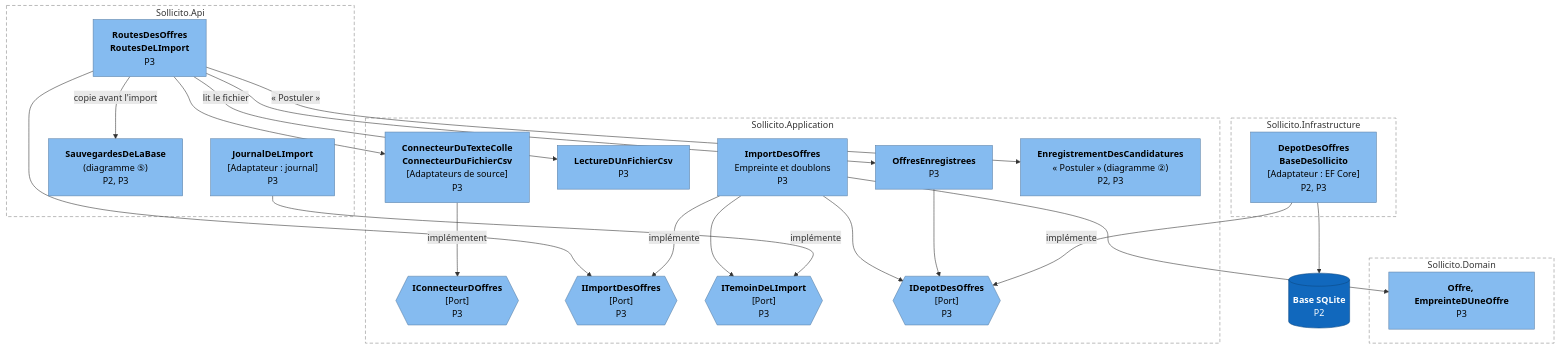
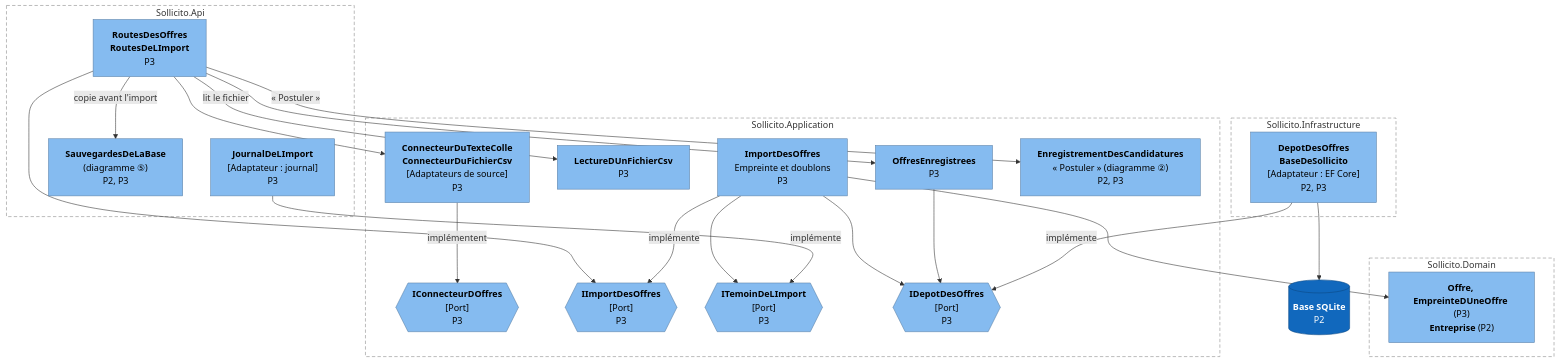
The fifth of 7 diagrams in docs/vues-d-architecture.md (moonn1000/sollicito), drawn with Mermaid before and after one commit. The commit also changed other lines of this file and 1 other file, not shown here.

Commit message:
docs(architecture): placer les refus à leur vrai endroit, donner une légende à chaque séquence et préciser deux vues (#59)

````diff
--- a/docs/vues-d-architecture.md
+++ b/docs/vues-d-architecture.md
@@ -369,55 +369,55 @@
 ```mermaid
 flowchart TB
     subgraph api["Sollicito.Api"]
         routes["<b>RoutesDesOffres</b><br><b>RoutesDeLImport</b><br>P3"]
         journal["<b>JournalDeLImport</b><br>[Adaptateur : journal]<br>P3"]
         sauvegardes["<b>SauvegardesDeLaBase</b><br>(diagramme ⑤)<br>P2, P3"]
     end
 
     subgraph application["Sollicito.Application"]
         connecteurs["<b>ConnecteurDuTexteColle</b><br><b>ConnecteurDuFichierCsv</b><br>[Adaptateurs de source]<br>P3"]
         portconnecteur{{"<b>IConnecteurDOffres</b><br>[Port]<br>P3"}}
         lecture["<b>LectureDUnFichierCsv</b><br>P3"]
         portimport{{"<b>IImportDesOffres</b><br>[Port]<br>P3"}}
         import["<b>ImportDesOffres</b><br>Empreinte et doublons<br>P3"]
         enregistrees["<b>OffresEnregistrees</b><br>P3"]
         enregistrement["<b>EnregistrementDesCandidatures</b><br>« Postuler » (diagramme ②)<br>P2, P3"]
         temoin{{"<b>ITemoinDeLImport</b><br>[Port]<br>P3"}}
         port{{"<b>IDepotDesOffres</b><br>[Port]<br>P3"}}
     end
 
     subgraph domaine["Sollicito.Domain"]
-        entites["<b>Offre, EmpreinteDUneOffre</b><br>P3"]
+        entites["<b>Offre, EmpreinteDUneOffre</b> (P3)<br><b>Entreprise</b> (P2)"]
     end
 
     subgraph infra["Sollicito.Infrastructure"]
         depot["<b>DepotDesOffres</b><br><b>BaseDeSollicito</b><br>[Adaptateur : EF Core]<br>P2, P3"]
     end
 
     base[("<b>Base SQLite</b><br>P2")]
 
     routes --> connecteurs
     routes -- "lit le fichier" --> lecture
     routes --> portimport
     routes --> enregistrees
     routes -- "« Postuler »" --> enregistrement
     routes -- "copie avant l'import" --> sauvegardes
     connecteurs -- "implémentent" --> portconnecteur
     import -- "implémente" --> portimport
     import --> temoin
     journal -- "implémente" --> temoin
     import --> port
     enregistrees --> port
     import --> entites
     depot -- "implémente" --> port
     depot --> base
 
     classDef conteneur fill:#1168bd,stroke:#0b4884,color:#ffffff
     classDef composant fill:#85bbf0,stroke:#5d82a8,color:#000000
     class base conteneur
     class routes,journal,sauvegardes,connecteurs,portconnecteur,lecture,portimport,import,enregistrees,enregistrement,temoin,port,entites,depot composant
     style api fill:none,stroke:#888888,stroke-dasharray:6 4
     style application fill:none,stroke:#888888,stroke-dasharray:6 4
     style domaine fill:none,stroke:#888888,stroke-dasharray:6 4
     style infra fill:none,stroke:#888888,stroke-dasharray:6 4
 ```
````
